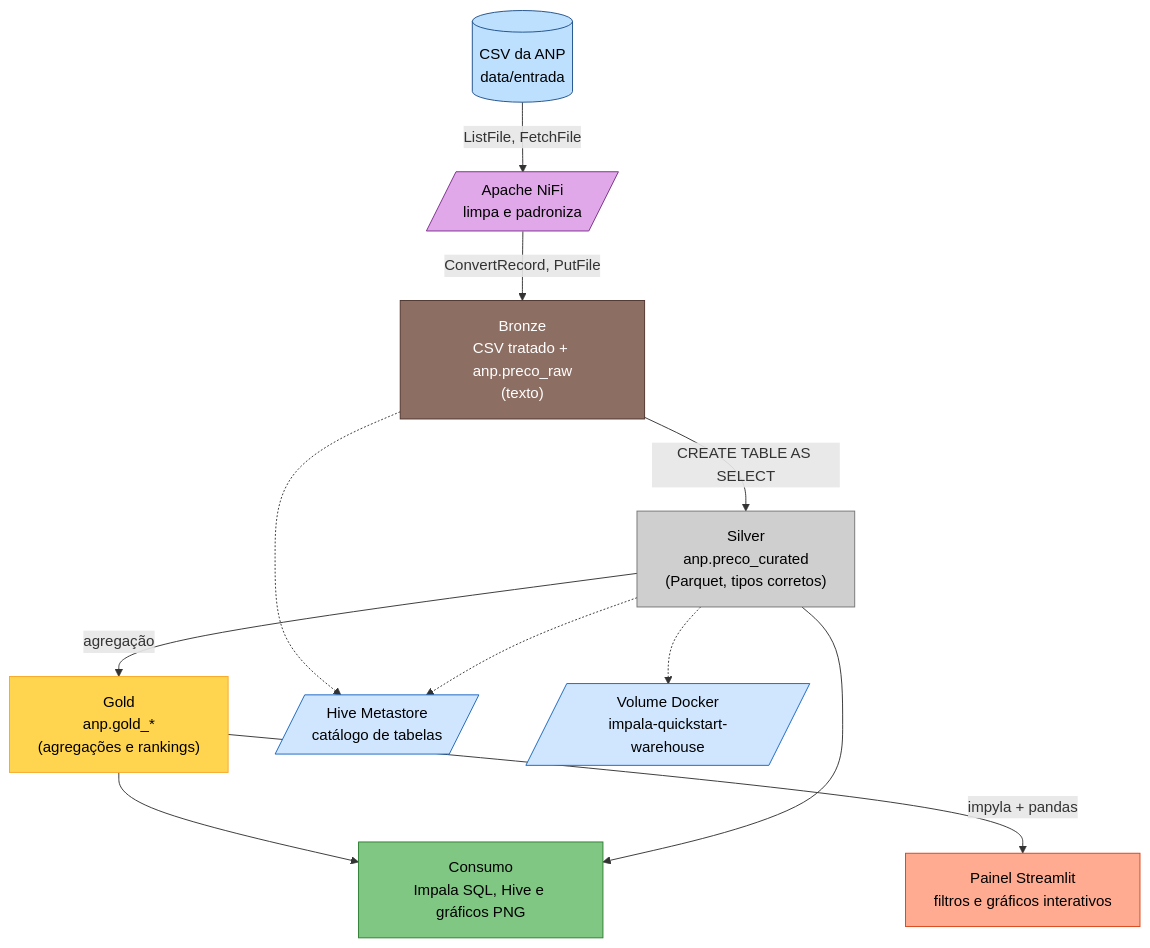
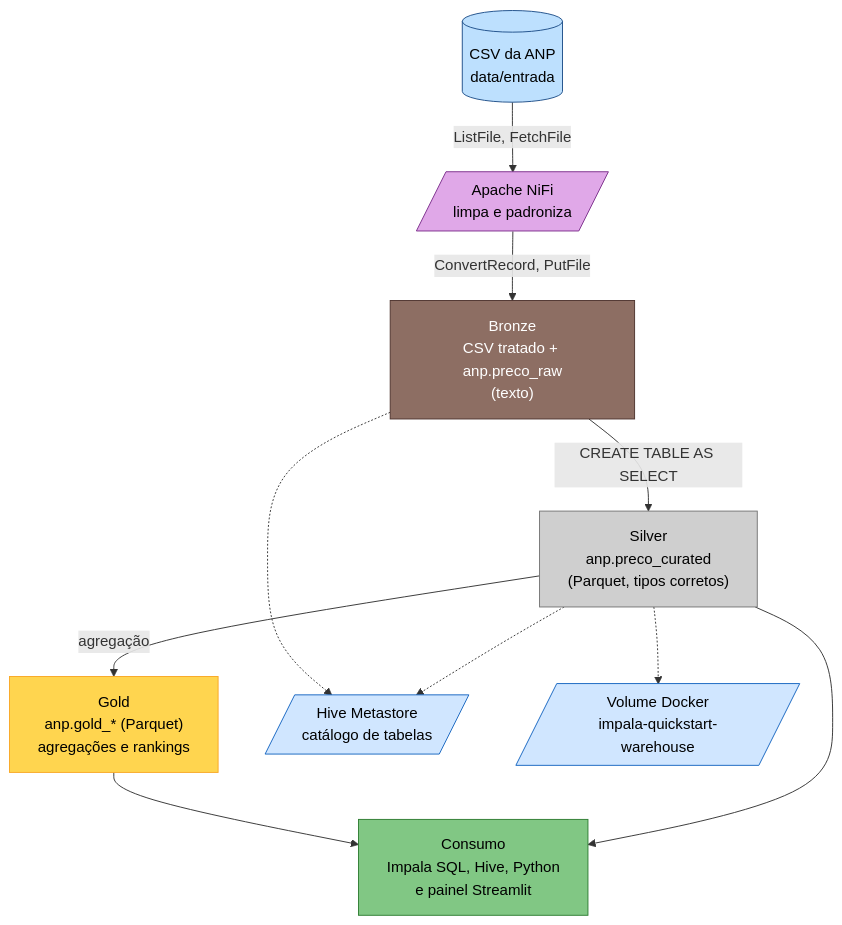
The diagram in README.md (flrmedeiros78/combustivel-anp), drawn with Mermaid before and after one commit. The commit also changed other lines of this file and 2 other files, not shown here.

````diff
--- a/README.md
+++ b/README.md
@@ -48,45 +51,41 @@
 ```mermaid
 flowchart TD
     SOURCE[("CSV da ANP<br/>data/entrada")]
     NIFI[/"Apache NiFi<br/>limpa e padroniza"/]
 
     BRONZE["Bronze<br/>CSV tratado + anp.preco_raw<br/>(texto)"]
     SILVER["Silver<br/>anp.preco_curated<br/>(Parquet, tipos corretos)"]
-    GOLD["Gold<br/>anp.gold_*<br/>(agregações e rankings)"]
+    GOLD["Gold<br/>anp.gold_* (Parquet)<br/>agregações e rankings"]
 
-    ANALYTICS["Consumo<br/>Impala SQL, Hive e gráficos PNG"]
-    PAINEL["Painel Streamlit<br/>filtros e gráficos interativos"]
+    ANALYTICS["Consumo<br/>Impala SQL, Hive, Python<br/>e painel Streamlit"]
 
     HMS[/"Hive Metastore<br/>catálogo de tabelas"/]
     VOL[/"Volume Docker<br/>impala-quickstart-warehouse"/]
 
     SOURCE -->|"ListFile, FetchFile"| NIFI
     NIFI -->|"ConvertRecord, PutFile"| BRONZE
     BRONZE -->|"CREATE TABLE AS SELECT"| SILVER
     SILVER -->|"agregação"| GOLD
     GOLD --> ANALYTICS
-    GOLD -->|"impyla + pandas"| PAINEL
     SILVER --> ANALYTICS
 
     BRONZE -.-> HMS
     SILVER -.-> HMS
     SILVER -.-> VOL
 
     classDef fonte fill:#bde0fe,stroke:#1d4e89,color:#000
     classDef ingestao fill:#e0a8e8,stroke:#7b2d8b,color:#000
     classDef bronze fill:#8d6e63,stroke:#4e342e,color:#fff
     classDef silver fill:#cfcfcf,stroke:#757575,color:#000
     classDef gold fill:#ffd54f,stroke:#f9a825,color:#000
     classDef consumo fill:#81c784,stroke:#2e7d32,color:#000
-    classDef painel fill:#ffab91,stroke:#d84315,color:#000
     classDef infra fill:#d0e6ff,stroke:#1565c0,color:#000
 
     class SOURCE fonte
     class NIFI ingestao
     class BRONZE bronze
     class SILVER silver
     class GOLD gold
     class ANALYTICS consumo
-    class PAINEL painel
     class HMS,VOL infra
 ```
````
